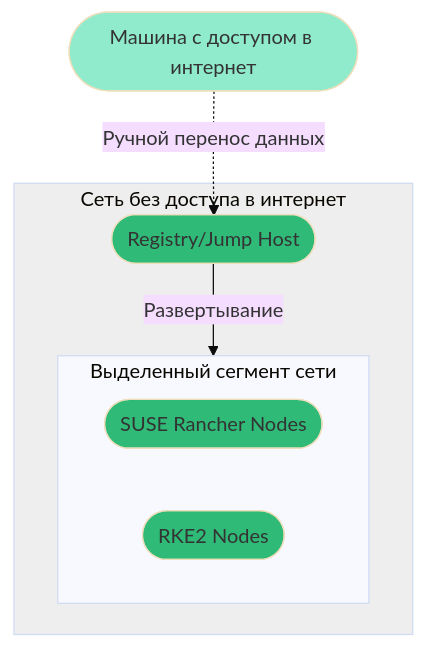
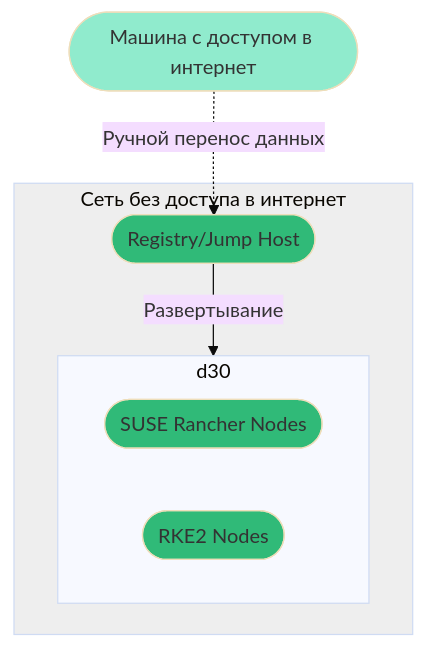
One commit to ppzhukov/airgap-10.2022 changed the diagram in README.md. Above: the diagram before and after it, drawn with Mermaid (base theme).

````diff
--- a/README.md
+++ b/README.md
@@ -11,20 +11,20 @@
 ```mermaid
 flowchart TB
 style id1 fill:#90EBCD
 style id2 fill:#30BA78
 style id3 fill:#30BA78
 style id4 fill:#30BA78
 style d10 fill:#EEEEEE
 
   id1([Машина с доступом в интернет])
   direction LR
   id1 -.Ручной перенос данных.-> id2  
   subgraph d10 ["Сеть без доступа в интернет"]
     id2(["Registry/Jump Host"])
     id2 --> |Развертывание| d30
-    subgraph d30 ["Выделенный сегмент сети"]
+    subgraph d30
       id3([SUSE Rancher Nodes])
       id4([RKE2 Nodes])
     end
   end
 ```
````
